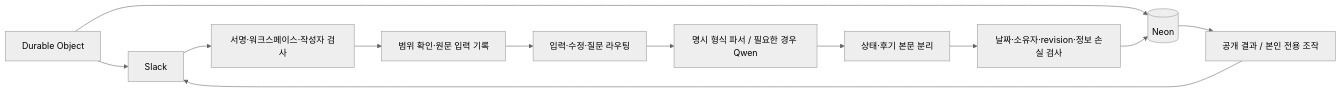
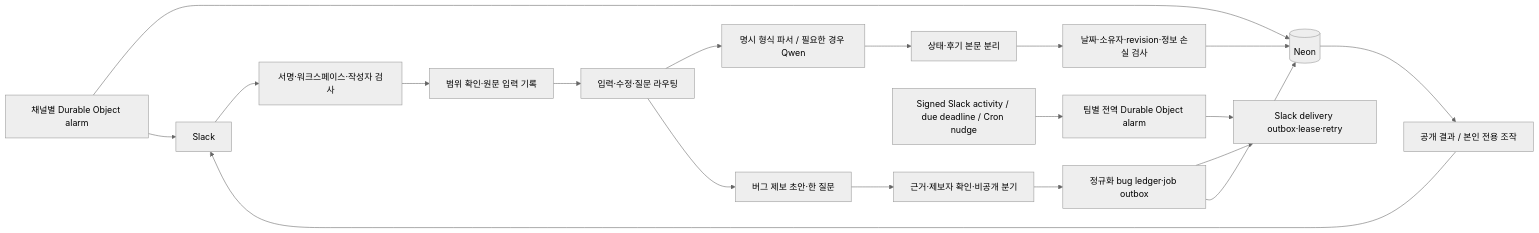
Before and after one commit to Betalgeuse/otl1: the first of 3 diagrams in docs/ARCHITECTURE.md, drawn with Mermaid (neutral theme). The commit also changed other lines of this file and 322 other files, not shown here.

````diff
--- a/docs/ARCHITECTURE.md
+++ b/docs/ARCHITECTURE.md
@@ -5,14 +7,21 @@
 ```mermaid
 flowchart LR
   Slack --> Signature[서명·워크스페이스·작성자 검사]
   Signature --> Intake[범위 확인·원문 입력 기록]
   Intake --> Router[입력·수정·질문 라우팅]
   Router --> Parser[명시 형식 파서 / 필요한 경우 Qwen]
   Parser --> Decision[상태·후기 본문 분리]
   Decision --> Guard[날짜·소유자·revision·정보 손실 검사]
+  Router --> BugIntake[버그 제보 초안·한 질문]
+  BugIntake --> BugGuard[근거·제보자 확인·비공개 분기]
+  BugGuard --> BugLedger[정규화 bug ledger·job outbox]
+  BugLedger --> Delivery[Slack delivery outbox·lease·retry]
   Guard --> DB[(Neon)]
+  BugLedger --> DB
   DB --> Output[공개 결과 / 본인 전용 조작]
   Output --> Slack
-  Clock[Durable Object] --> DB
+  Activity[Signed Slack activity / due deadline / Cron nudge] --> GlobalBugClock[팀별 전역 Durable Object alarm]
+  GlobalBugClock --> Delivery
+  Clock[채널별 Durable Object alarm] --> DB
   Clock --> Slack
 ```
````
